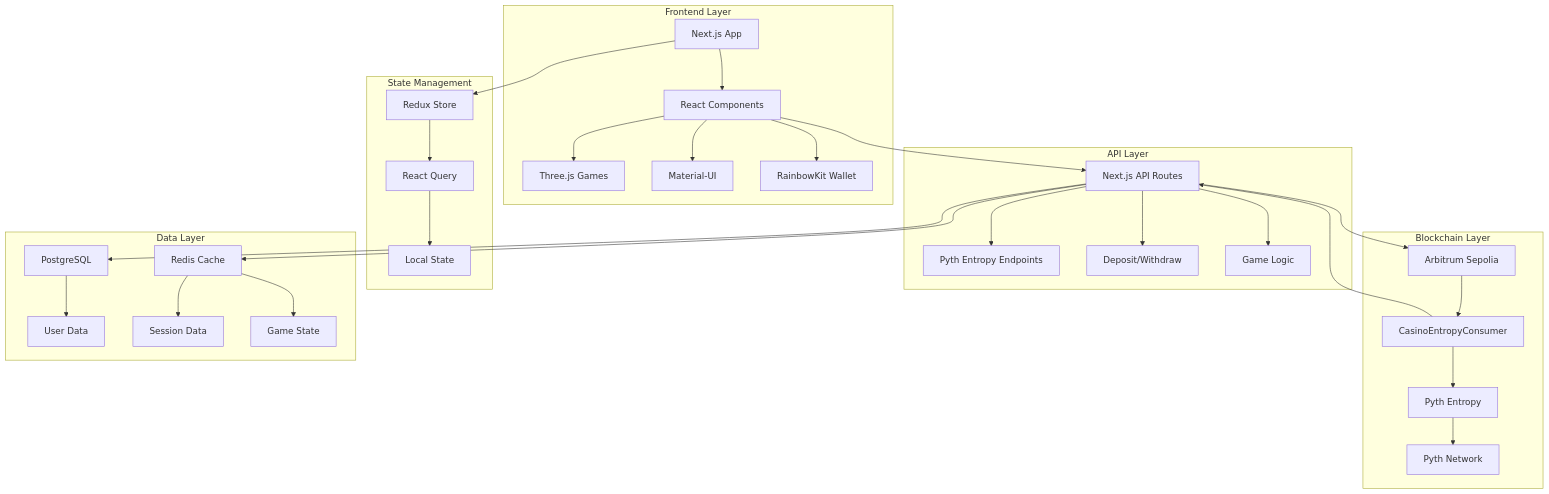
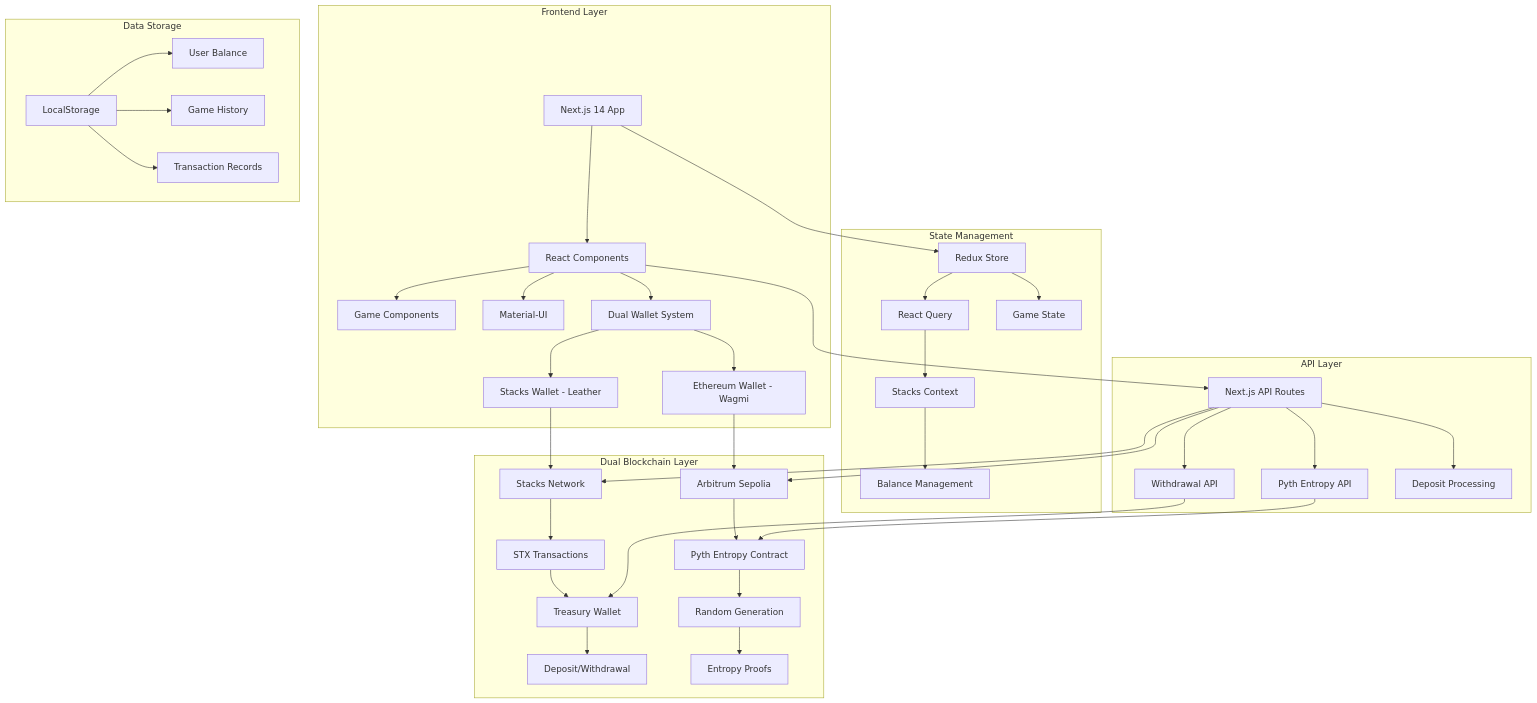
Before and after one commit to AmaanSayyad/APT-Casino-Stacks: the first of 12 diagrams in MERMAID_DIAGRAMS.md, drawn with Mermaid. The commit also changed other lines of this file and 5 other files, not shown here.

````diff
--- a/MERMAID_DIAGRAMS.md
+++ b/MERMAID_DIAGRAMS.md
@@ -5,39 +5,49 @@
 ```mermaid
 graph TB
     subgraph Frontend["Frontend Layer"]
-        A[Next.js App] --> B[React Components]
-        B --> C[Three.js Games]
+        A[Next.js 14 App] --> B[React Components]
+        B --> C[Game Components]
         B --> D[Material-UI]
-        B --> E[RainbowKit Wallet]
+        B --> E[Dual Wallet System]
+        E --> E1[Stacks Wallet - Leather]
+        E --> E2[Ethereum Wallet - Wagmi]
     end
     
     subgraph State["State Management"]
         F[Redux Store] --> G[React Query]
-        G --> H[Local State]
+        G --> H[Stacks Context]
+        H --> I[Balance Management]
+        F --> J[Game State]
     end
     
     subgraph API["API Layer"]
-        I[Next.js API Routes] --> J[Pyth Entropy Endpoints]
-        I --> K[Deposit/Withdraw]
-        I --> L[Game Logic]
+        K[Next.js API Routes] --> L[Pyth Entropy API]
+        K --> M[Withdrawal API]
+        K --> N[Deposit Processing]
     end
     
-    subgraph Blockchain["Blockchain Layer"]
-        M[Arbitrum Sepolia] --> N[CasinoEntropyConsumer]
-        N --> O[Pyth Entropy]
-        O --> P[Pyth Network]
+    subgraph Blockchain["Dual Blockchain Layer"]
+        O[Stacks Network] --> P[STX Transactions]
+        P --> Q[Treasury Wallet]
+        Q --> R[Deposit/Withdrawal]
+        
+        S[Arbitrum Sepolia] --> T[Pyth Entropy Contract]
+        T --> U[Random Generation]
+        U --> V[Entropy Proofs]
     end
     
-    subgraph Data["Data Layer"]
-        Q[PostgreSQL] --> R[User Data]
-        S[Redis Cache] --> T[Session Data]
-        S --> U[Game State]
+    subgraph Storage["Data Storage"]
+        W[LocalStorage] --> X[User Balance]
+        W --> Y[Game History]
+        W --> Z[Transaction Records]
     end
     
     A --> F
-    B --> I
-    I --> M
-    I --> Q
-    I --> S
-    N --> I
+    B --> K
+    K --> O
+    K --> S
+    E1 --> O
+    E2 --> S
+    L --> T
+    M --> Q
 ```
````
